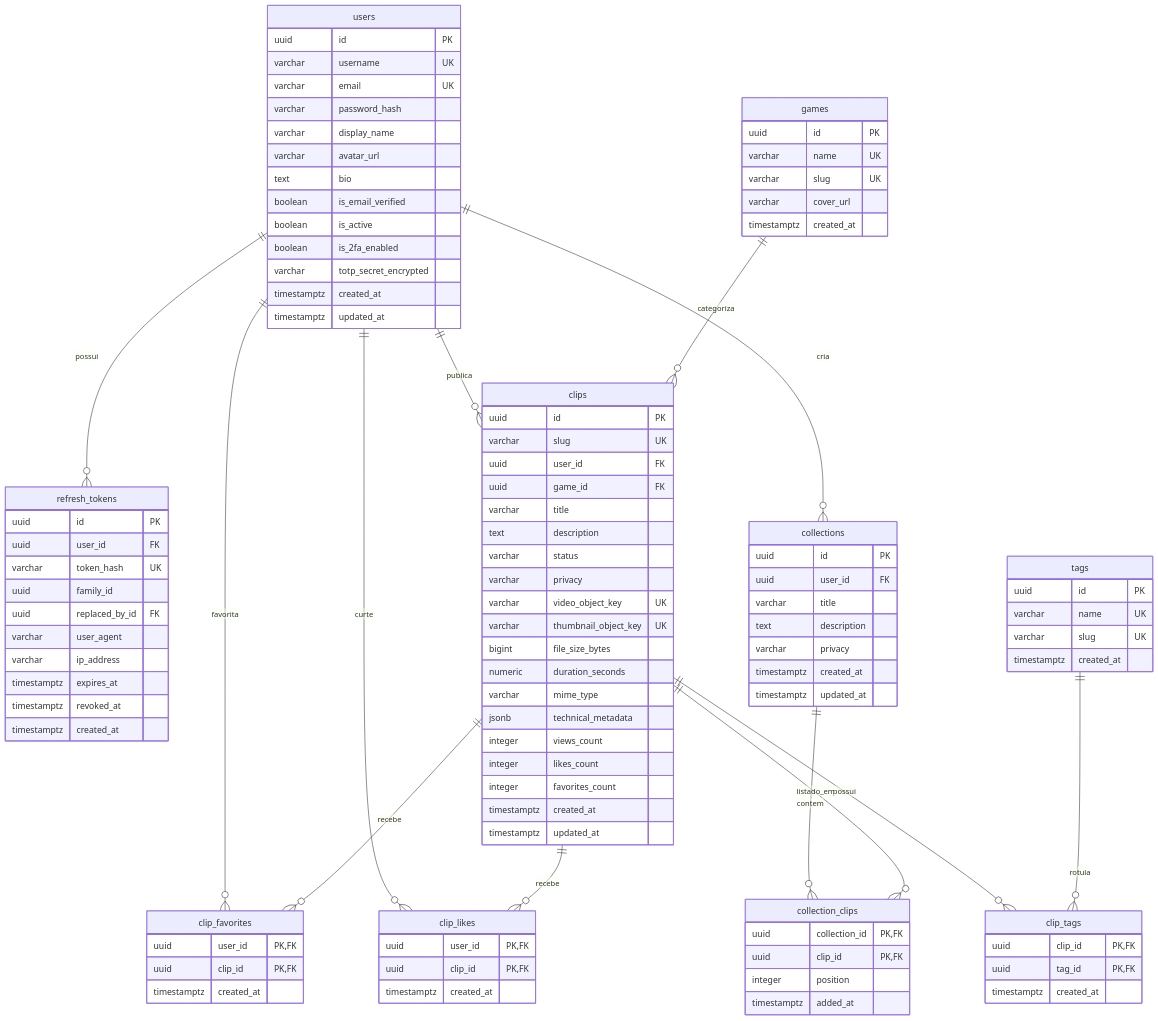
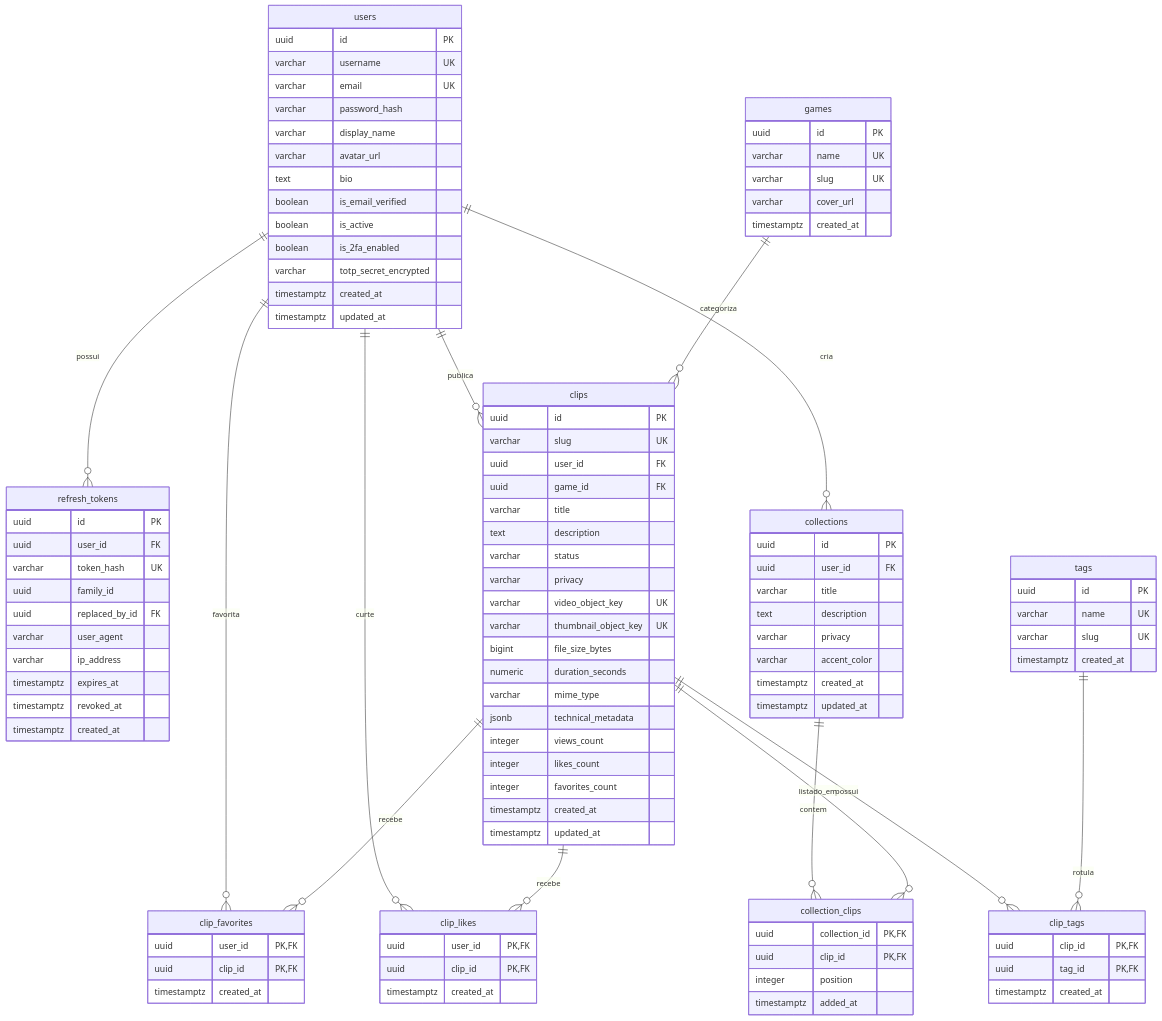
The diagram in docs/DATABASE.md (Davi-PF/clipai-api), drawn with Mermaid before and after one commit. The commit also changed other lines of this file and 1 other file, not shown here.

Commit message:
docs: sync database and api contract for sprint 3

```diff
--- a/docs/DATABASE.md
+++ b/docs/DATABASE.md
@@ -111,6 +111,7 @@
         varchar title
         text description
         varchar privacy
+        varchar accent_color
         timestamptz created_at
         timestamptz updated_at
     }
```
